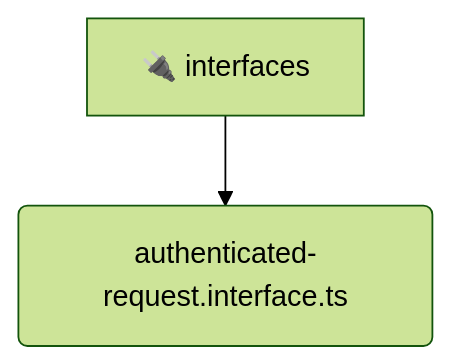
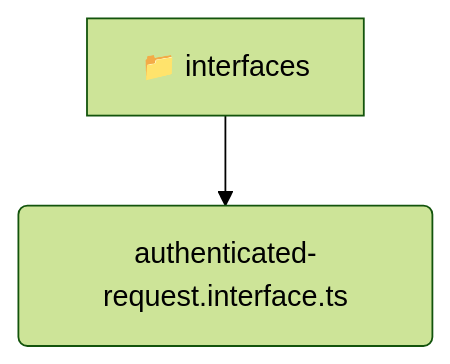
The diagram in backend/src/common/interfaces/README.md (beginwebdev2002/fullstack-mavluda), drawn with Mermaid (forest theme) before and after one commit. The commit also changed other lines of this file and 155 other files, not shown here.

````diff
--- a/backend/src/common/interfaces/README.md
+++ b/backend/src/common/interfaces/README.md
@@ -9,5 +9,5 @@
 ```mermaid
 graph TD
-  interfaces[🔌 interfaces]
-  interfaces --> authenticated_request_interface_ts(authenticated-request.interface.ts)
+  interfaces[📁 interfaces]
+  interfaces --> interfaces_authenticated_request_interface_ts(authenticated-request.interface.ts)
 ```
````
